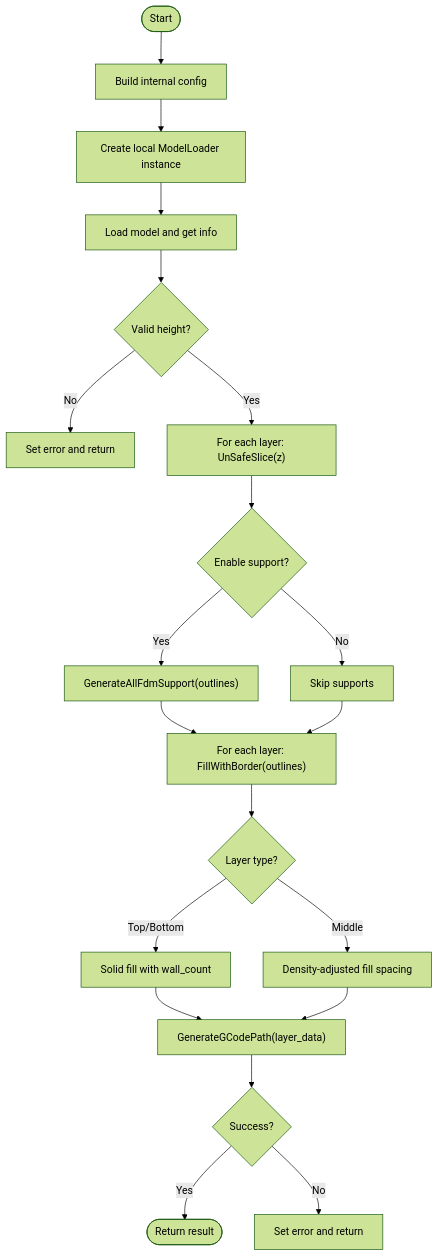
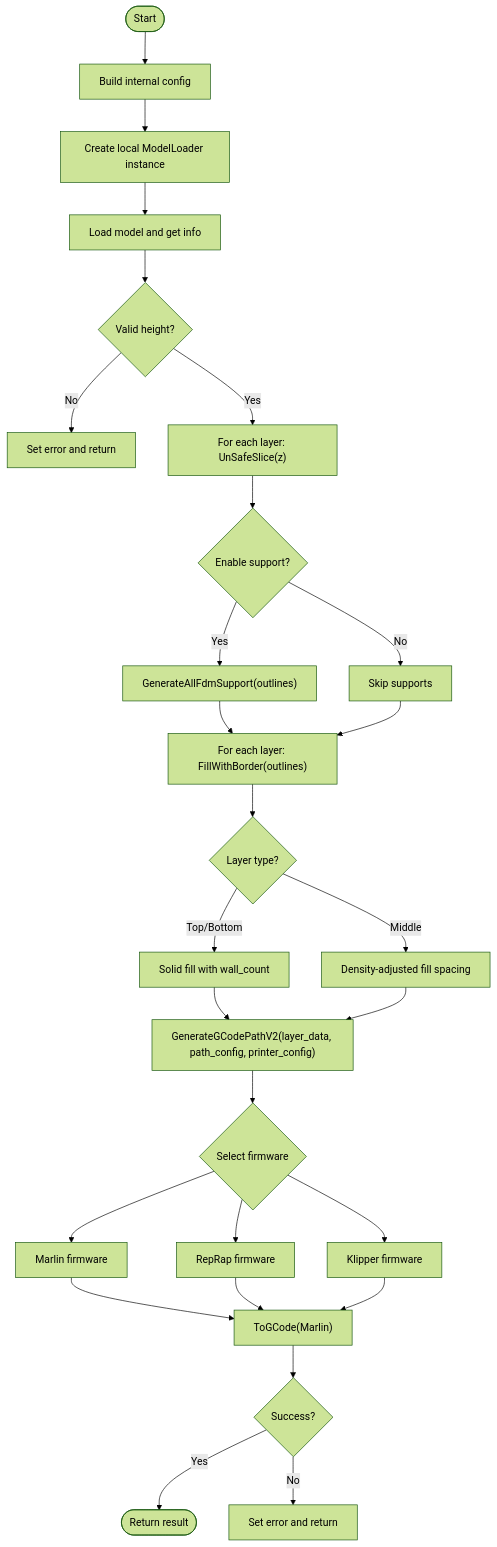
One commit to hsmbanlance/HsBaSlicer changed the fifth of 8 diagrams in .qoder/repowiki/en/content/Core Architecture/FDM Pipeline System.md. Above: the diagram before and after it, drawn with Mermaid (forest theme). The commit also changed other lines of this file and 9 other files, not shown here.

````diff
--- a/.qoder/repowiki/en/content/Core Architecture/FDM Pipeline System.md
+++ b/.qoder/repowiki/en/content/Core Architecture/FDM Pipeline System.md
@@ -253,22 +352,29 @@
 ```mermaid
 flowchart TD
 Start(["Start"]) --> BuildCfg["Build internal config"]
 BuildCfg --> CreateModelLoader["Create local ModelLoader instance"]
 CreateModelLoader --> LoadModel["Load model and get info"]
 LoadModel --> CalcLayers{"Valid height?"}
 CalcLayers --> |No| ErrInvalid["Set error and return"]
 CalcLayers --> |Yes| SliceLoop["For each layer: UnSafeSlice(z)"]
 SliceLoop --> Supports{"Enable support?"}
 Supports --> |Yes| GenSupports["GenerateAllFdmSupport(outlines)"]
 Supports --> |No| SkipSupports["Skip supports"]
 GenSupports --> FillLoop["For each layer: FillWithBorder(outlines)"]
 SkipSupports --> FillLoop
 FillLoop --> LayerType{"Layer type?"}
 LayerType --> |Top/Bottom| SolidFill["Solid fill with wall_count"]
 LayerType --> |Middle| DensityFill["Density-adjusted fill spacing"]
-SolidFill --> GenPaths["GenerateGCodePath(layer_data)"]
+SolidFill --> GenPaths["GenerateGCodePathV2(layer_data, path_config, printer_config)"]
 DensityFill --> GenPaths
-GenPaths --> Success{"Success?"}
+GenPaths --> FirmwareSelect{"Select firmware"}
+FirmwareSelect --> Marlin["Marlin firmware"]
+FirmwareSelect --> RepRap["RepRap firmware"]
+FirmwareSelect --> Klipper["Klipper firmware"]
+Marlin --> ToGCode["ToGCode(Marlin)"]
+RepRap --> ToGCode
+Klipper --> ToGCode
+ToGCode --> Success{"Success?"}
 Success --> |Yes| Done(["Return result"])
 Success --> |No| ErrPath["Set error and return"]
 ```
````
